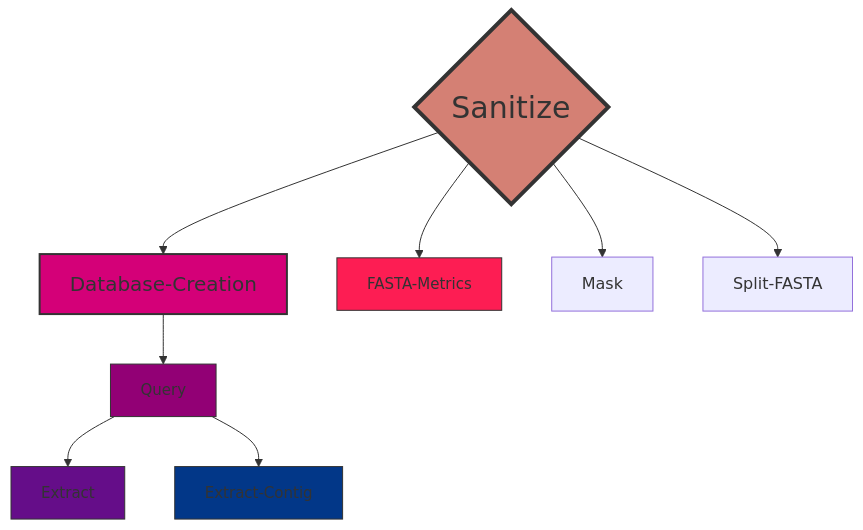
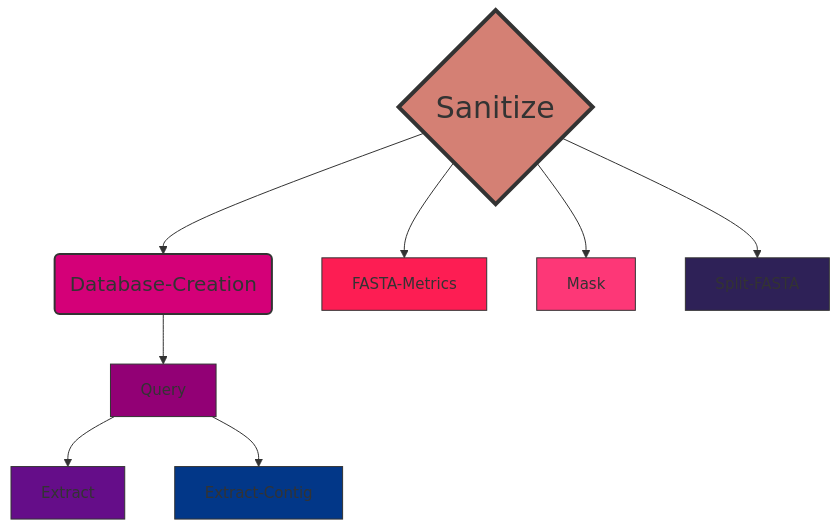
Before and after one commit to ERBringHorvath/SeqForge: the diagram in README.md, drawn with Mermaid.

````diff
--- a/README.md
+++ b/README.md
@@ -79,18 +79,20 @@
 ```mermaid
 graph TD;
-    A{Sanitize}-->B[Database-Creation];
-    B[Database-Creation]-->C[Query];
+    A{Sanitize}-->B(Database-Creation);
+    B(Database-Creation)-->C[Query];
     C[Query]-->D[Extract];
     C[Query]-->E[Extract-Contig];
     A{Sanitize}-->F[FASTA-Metrics];
     A{Sanitize}-->G[Mask];
     A{Sanitize}-->H[Split-FASTA];
 
     %% Custom style for Sanitize node
     style A fill:#d48074,stroke:#333,stroke-width:4,font-size:30px
     style B fill:#d40078,stroke:#333,stroke-width:2,font-size:20px
     style C fill:#920075,stroke:#333,stroke-width:1,font-size:15px
     style D fill:#650D89,stroke:#333,stroke-width:1,font-size:15px
     style E fill:#023788,stroke:#333,stroke-width:1,font-size:15px
     style F fill:#fd1d53,stroke:#333,stroke-width:1,font-size:15px
+    style G fill:#fd3777,stroke:#333,stroke-width:1,font-size:15px
+    style H fill:#2e2157,stroke:#333,stroke-width:1,font-size:15px
 ```
````
